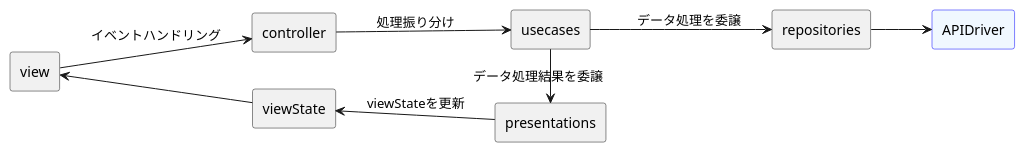
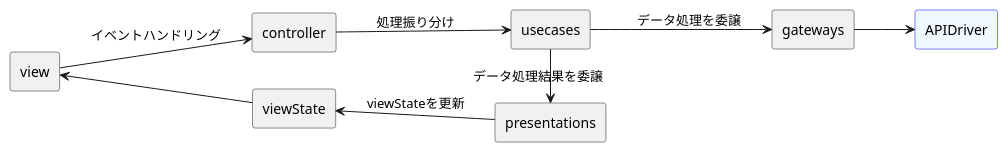
The diagram in README.md (yr260625/vue-oreore-CA), drawn with PlantUML before and after one commit. The commit also changed other lines of this file and 15 other files, not shown here.

````diff
--- a/README.md
+++ b/README.md
@@ -92,24 +92,24 @@
 ```plantuml
 @startuml
 
 left to right direction
 ' Horizontal lines: -->, <--, <-->
 ' Vertical lines: ->, <-, <->
 
 agent controller
 agent view
 agent usecases
-agent repositories
+agent gateways
 agent presentations
 agent viewState
 agent APIDriver #aliceblue;line:blue
 
 view --> controller: イベントハンドリング
 controller --> usecases: 処理振り分け
-usecases --> repositories: データ処理を委譲
-repositories --> APIDriver
+usecases --> gateways: データ処理を委譲
+gateways --> APIDriver
 usecases -> presentations: データ処理結果を委譲
 viewState <-- presentations: viewStateを更新
 view <-- viewState
 @enduml
 ```
````
